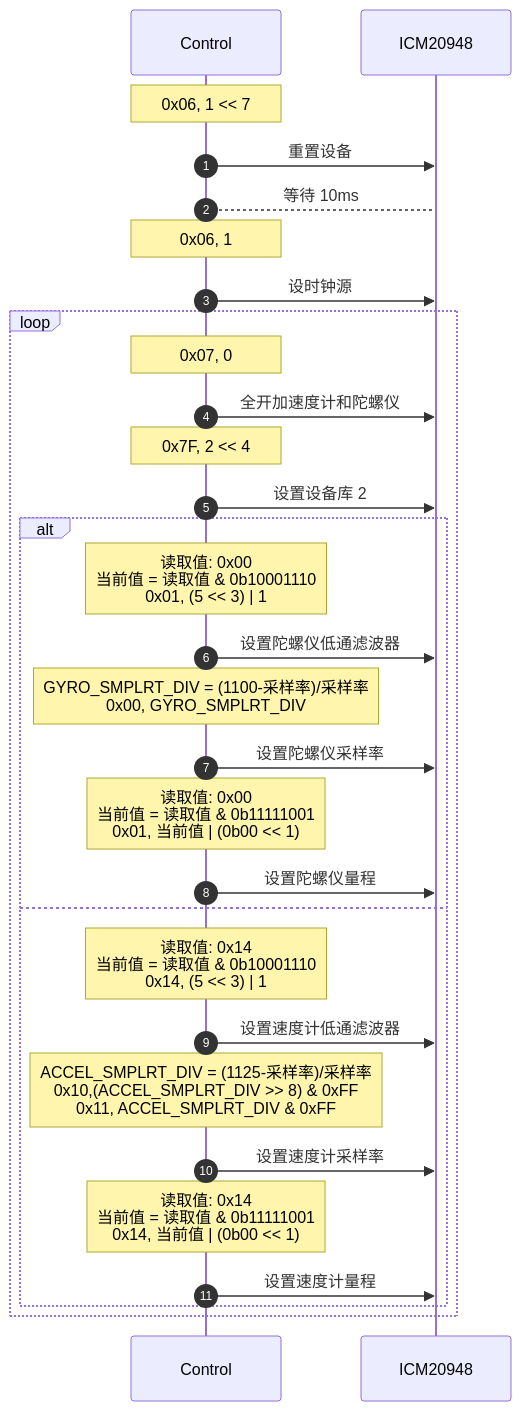
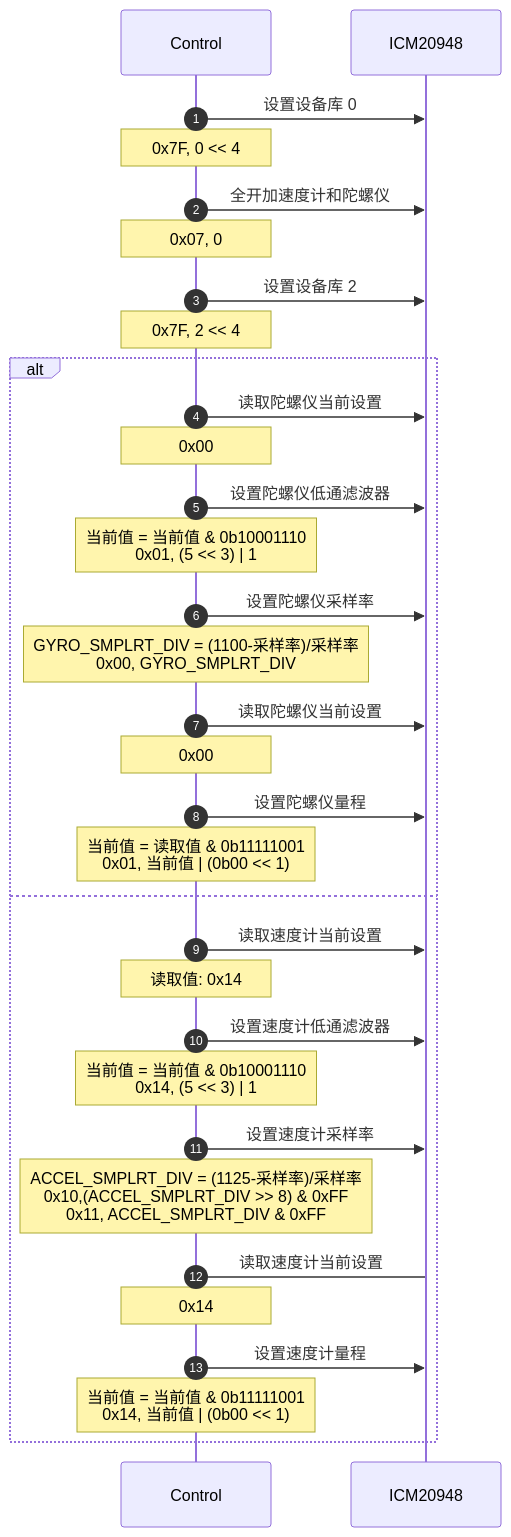
One commit to hkdickyko/hkdickyko.github.io changed the second of 7 diagrams in _posts/2025-04-06-mdchart.md. Above: the diagram before and after it, drawn with Mermaid. The commit also changed other lines of this file, not shown here.

```diff
--- a/_posts/2025-04-06-mdchart.md
+++ b/_posts/2025-04-06-mdchart.md
@@ -190,32 +196,35 @@
 <div class="mermaid">
 sequenceDiagram;
    autonumber;
    participant C as Control;
    participant I as ICM20948;
-   note over C: 0x06, 1 << 7;
-   C->>I: 重置设备;
-   C-->I: 等待 10ms;
-   note over C: 0x06, 1;
-   C->>I: 设时钟源;
-   loop;
+   C->>I: 设置设备库 0;
+   note over C: 0x7F, 0 << 4;   
+   C->>I: 全开加速度计和陀螺仪;
    note over C: 0x07, 0;
-   C->>I: 全开加速度计和陀螺仪;
+   C->>I: 设置设备库 2;
    note over C: 0x7F, 2 << 4;
-   C->>I: 设置设备库 2;
    alt;
-   note over C: 读取值: 0x00<br>当前值 = 读取值 & 0b10001110<br> 0x01, (5 << 3) | 1;
+   C->>I: 读取陀螺仪当前设置;
+   note over C: 0x00;
    C->>I: 设置陀螺仪低通滤波器;
-   note over C: GYRO_SMPLRT_DIV = (1100-采样率)/采样率<br>0x00, GYRO_SMPLRT_DIV;
+   note over C: 当前值 = 当前值 & 0b10001110<br> 0x01, (5 << 3) | 1;
    C->>I: 设置陀螺仪采样率;
-   note over C: 读取值: 0x00<br>当前值 = 读取值 & 0b11111001<br>0x01, 当前值 | (0b00 << 1);
-   C->>I: 设置陀螺仪量程;
+   note over C: GYRO_SMPLRT_DIV = (1100-采样率)/采样率<br>0x00, GYRO_SMPLRT_DIV;   
+   C->>I: 读取陀螺仪当前设置;
+   note over C: 0x00;
+   C->>I: 设置陀螺仪量程;   
+   note over C: 当前值 = 读取值 & 0b11111001<br>0x01, 当前值 | (0b00 << 1);
      else;
-   note over C: 读取值: 0x14<br>当前值 = 读取值 & 0b10001110<br> 0x14, (5 << 3) | 1;   
-   C->>I: 设置速度计低通滤波器;     
+   C->>I: 读取速度计当前设置; 
+   note over C: 读取值: 0x14;
+   C->>I: 设置速度计低通滤波器;   
+   note over C: 当前值 = 当前值 & 0b10001110<br> 0x14, (5 << 3) | 1; 
+   C->>I: 设置速度计采样率;  
    note over C: ACCEL_SMPLRT_DIV = (1125-采样率)/采样率<br>0x10,(ACCEL_SMPLRT_DIV >> 8) & 0xFF<br>0x11, ACCEL_SMPLRT_DIV & 0xFF;   
-   C->>I: 设置速度计采样率;
-   note over C: 读取值: 0x14<br>当前值 = 读取值 & 0b11111001<br>0x14, 当前值 | (0b00 << 1);   
+   C->I: 读取速度计当前设置;  
+   note over C: 0x14;
    C->>I: 设置速度计量程;
-   end
-   end
+   note over C: 当前值 = 当前值 & 0b11111001<br>0x14, 当前值 | (0b00 << 1);   
+   end;
 </div>
```
